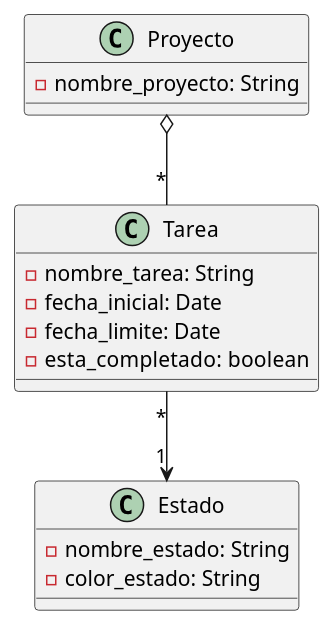
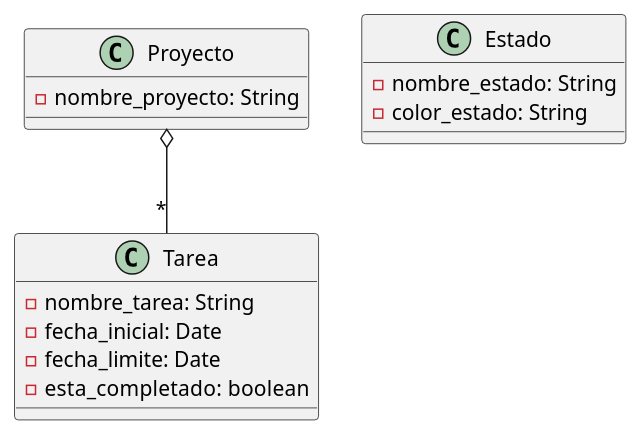
One commit to Mikkel-14/ProyectoVyV changed the diagram in diagrama_gantt/diagrama_gantt.puml. Above: the diagram before and after it, drawn with PlantUML. The commit also changed 6 other files, not shown here.

First line of the commit message:
Update: diagrama_gantt/views.py

```diff
--- a/diagrama_gantt/diagrama_gantt.puml
+++ b/diagrama_gantt/diagrama_gantt.puml
@@ -1,45 +1,44 @@
 @startuml
 'https://plantuml.com/class-diagram
 
 'abstract class AbstractList
 'abstract AbstractCollection
 'interface List
 'interface Collection
 '
 'List <|-- AbstractList
 'Collection <|-- AbstractCollection
 '
 'Collection <|- List
 'AbstractCollection <|- AbstractList
 'AbstractList <|-- ArrayList
 '
 'class ArrayList {
 'Object[] elementData
 'size()
 '}
 '
 'enum TimeUnit {
 'DAYS
 'HOURS
 'MINUTES
 '}
 
 class Proyecto{
     - nombre_proyecto: String
 }
 
 class Tarea{
     - nombre_tarea: String
     - fecha_inicial: Date
     - fecha_limite: Date
     - esta_completado:  boolean
 }
 
 class Estado{
     - nombre_estado: String
     - color_estado: String
 }
 
 Proyecto o-- "*" Tarea
-Tarea "*" --> "1" Estado
 @enduml
```
